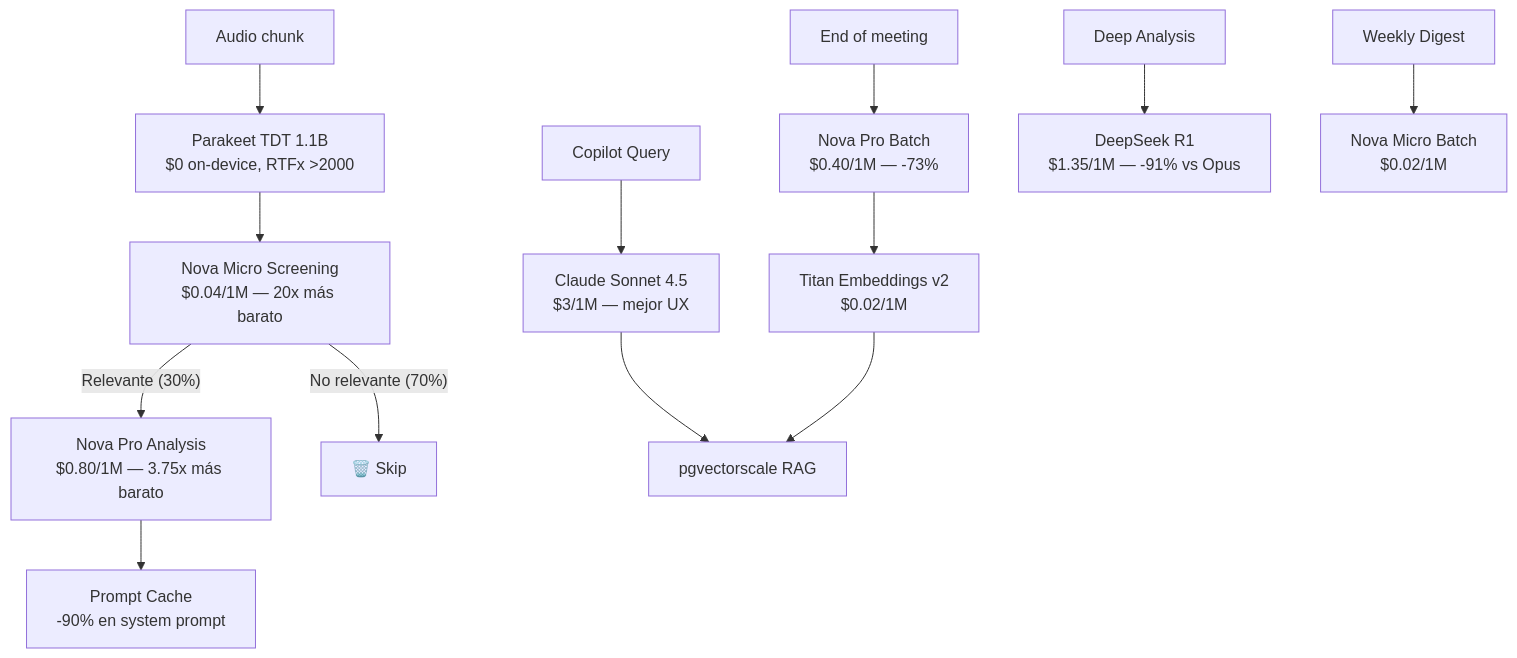
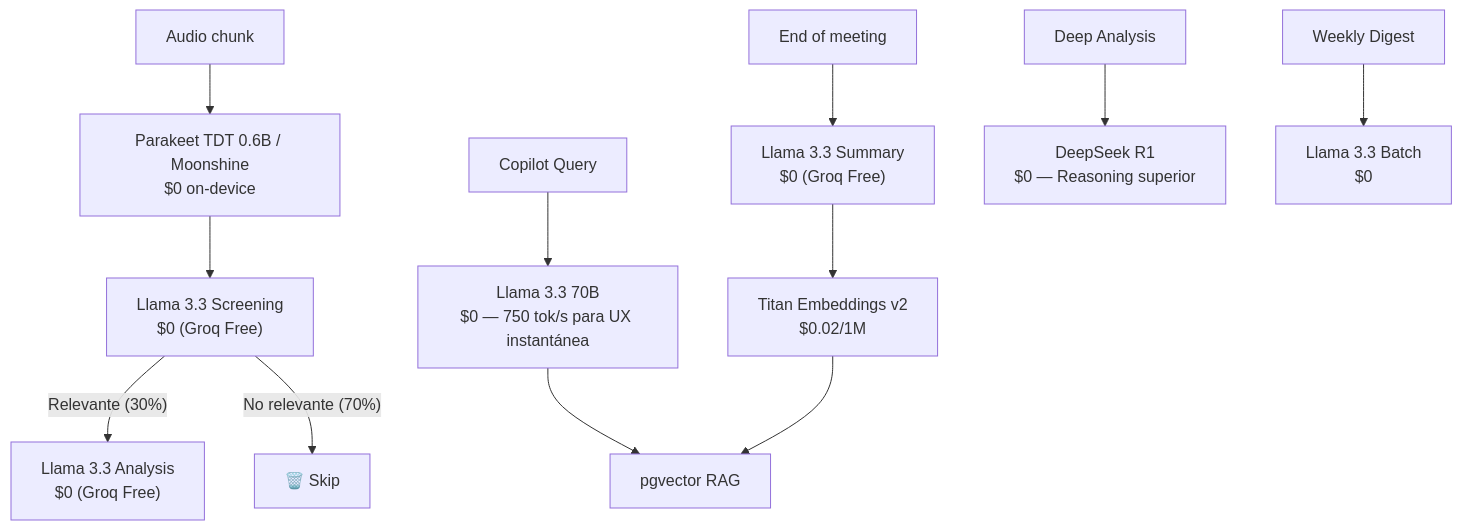
The second of 2 diagrams in docs/VISION_2026.md (cristianargotti/meetmind), drawn with Mermaid before and after one commit. The commit also changed other lines of this file and 20 other files, not shown here.

````diff
--- a/docs/VISION_2026.md
+++ b/docs/VISION_2026.md
@@ -94,19 +82,18 @@
 ```mermaid
 graph TD
-    A["Audio chunk"] --> B["Parakeet TDT 1.1B<br/>$0 on-device, RTFx >2000"]
-    B --> C["Nova Micro Screening<br/>$0.04/1M — 20x más barato"]
-    C -->|"Relevante (30%)"| D["Nova Pro Analysis<br/>$0.80/1M — 3.75x más barato"]
+    A["Audio chunk"] --> B["Parakeet TDT 0.6B / Moonshine<br/>$0 on-device"]
+    B --> C["Llama 3.3 Screening<br/>$0 (Groq Free)"]
+    C -->|"Relevante (30%)"| D["Llama 3.3 Analysis<br/>$0 (Groq Free)"]
     C -->|"No relevante (70%)"| E["🗑️ Skip"]
-    D --> F["Prompt Cache<br/>-90% en system prompt"]
     
-    G["Copilot Query"] --> H["Claude Sonnet 4.5<br/>$3/1M — mejor UX"]
-    H --> J["pgvectorscale RAG"]
+    G["Copilot Query"] --> H["Llama 3.3 70B<br/>$0 — 750 tok/s para UX instantánea"]
+    H --> J["pgvector RAG"]
     
-    I["End of meeting"] --> K["Nova Pro Batch<br/>$0.40/1M — -73%"]
+    I["End of meeting"] --> K["Llama 3.3 Summary<br/>$0 (Groq Free)"]
     K --> L["Titan Embeddings v2<br/>$0.02/1M"]
     L --> J
     
-    M["Deep Analysis"] --> N["DeepSeek R1<br/>$1.35/1M — -91% vs Opus"]
+    M["Deep Analysis"] --> N["DeepSeek R1<br/>$0 — Reasoning superior"]
     
-    O["Weekly Digest"] --> P["Nova Micro Batch<br/>$0.02/1M"]
+    O["Weekly Digest"] --> P["Llama 3.3 Batch<br/>$0"]
 ```
````
